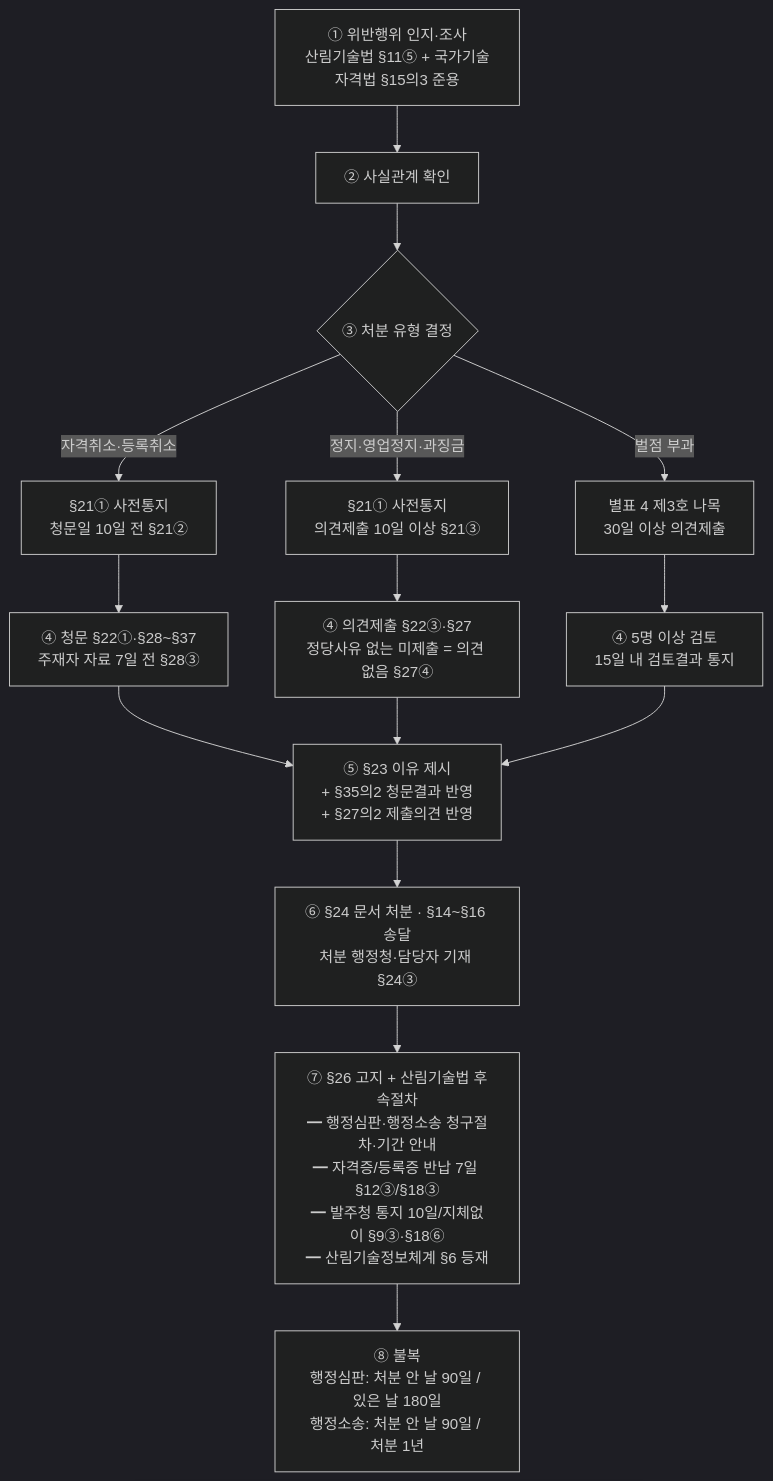
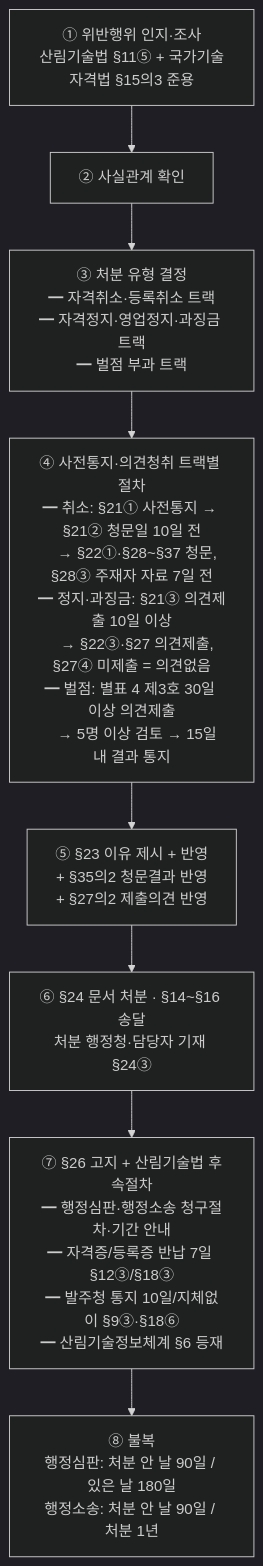
One commit to chinguli4/FM-WIKI changed the second of 2 diagrams in wiki/산림작업/자원조성/산림기술자_자격관리_체계.md. Above: the diagram before and after it, drawn with Mermaid (dark theme). The commit also changed other lines of this file, not shown here.

Commit message:
fix(자격관리 체계): mermaid 폭 추가 축소 — 단일 컬럼·엄격 2컬럼화
이전 수정에서 ① R(형사벌칙)이 A에서 측면 분기되어 3-wide 발생, ② D1/D2/D3
3분기로 폭 초과 — 사용자 스크린샷에서 우측 잘림 확인.

- 섹션 2 위반→처분 체계도: R을 측면 분기에서 Q1/Q2 합류 후 메인 체인으로
  이동(엄격 2컬럼). "※ 위 처분과 동시 적용" 주석으로 병렬성 표현.
- 섹션 4 처분 단계별 흐름: D1/D2/D3 + E1/E2/E3 분기를 단일 노드 D로 합쳐
  3개 트랙 절차를 박스 안 다행 텍스트로 정리(완전 1컬럼). 폭 무관.

````diff
--- a/wiki/산림작업/자원조성/산림기술자_자격관리_체계.md
+++ b/wiki/산림작업/자원조성/산림기술자_자격관리_체계.md
@@ -200,24 +199,16 @@
 ```mermaid
 flowchart TD
     A[① 위반행위 인지·조사<br/>산림기술법 §11⑤ + 국가기술자격법 §15의3 준용]
     A --> B[② 사실관계 확인]
-    B --> C{③ 처분 유형 결정}
+    B --> C[③ 처분 유형 결정<br/>━ 자격취소·등록취소 트랙<br/>━ 자격정지·영업정지·과징금 트랙<br/>━ 벌점 부과 트랙]
 
-    C -->|자격취소·등록취소| D1[§21① 사전통지<br/>청문일 10일 전 §21②]
-    C -->|정지·영업정지·과징금| D2[§21① 사전통지<br/>의견제출 10일 이상 §21③]
-    C -->|벌점 부과| D3[별표 4 제3호 나목<br/>30일 이상 의견제출]
+    C --> D[④ 사전통지·의견청취 트랙별 절차<br/>━ 취소: §21① 사전통지 → §21② 청문일 10일 전<br/>　→ §22①·§28~§37 청문, §28③ 주재자 자료 7일 전<br/>━ 정지·과징금: §21③ 의견제출 10일 이상<br/>　→ §22③·§27 의견제출, §27④ 미제출 = 의견없음<br/>━ 벌점: 별표 4 제3호 30일 이상 의견제출<br/>　→ 5명 이상 검토 → 15일 내 결과 통지]
 
-    D1 --> E1[④ 청문 §22①·§28~§37<br/>주재자 자료 7일 전 §28③]
-    D2 --> E2[④ 의견제출 §22③·§27<br/>정당사유 없는 미제출 = 의견 없음 §27④]
-    D3 --> E3[④ 5명 이상 검토<br/>15일 내 검토결과 통지]
-
-    E1 --> F
-    E2 --> F[⑤ §23 이유 제시<br/>+ §35의2 청문결과 반영<br/>+ §27의2 제출의견 반영]
-    E3 --> F
+    D --> F[⑤ §23 이유 제시 + 반영<br/>+ §35의2 청문결과 반영<br/>+ §27의2 제출의견 반영]
 
     F --> G[⑥ §24 문서 처분 · §14~§16 송달<br/>처분 행정청·담당자 기재 §24③]
 
     G --> H[⑦ §26 고지 + 산림기술법 후속절차<br/>━ 행정심판·행정소송 청구절차·기간 안내<br/>━ 자격증/등록증 반납 7일 §12③/§18③<br/>━ 발주청 통지 10일/지체없이 §9③·§18⑥<br/>━ 산림기술정보체계 §6 등재]
 
     H --> J[⑧ 불복<br/>행정심판: 처분 안 날 90일 / 있은 날 180일<br/>행정소송: 처분 안 날 90일 / 처분 1년]
 ```
````
